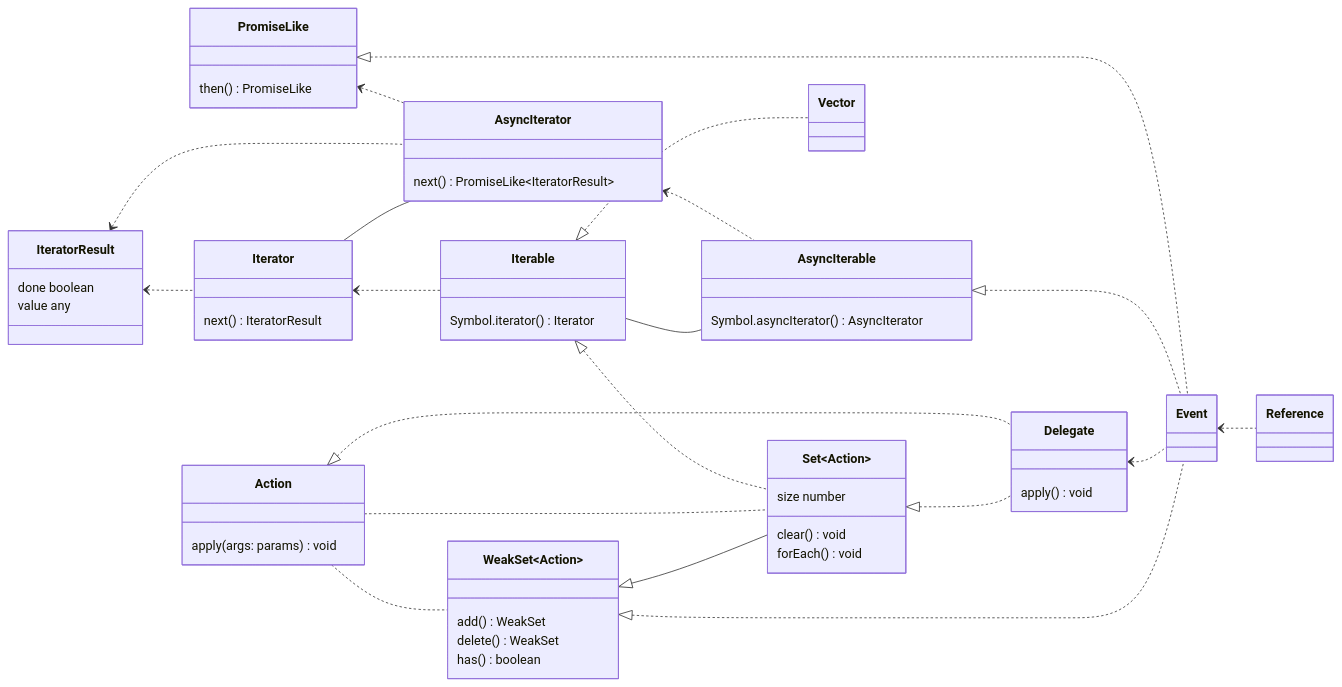
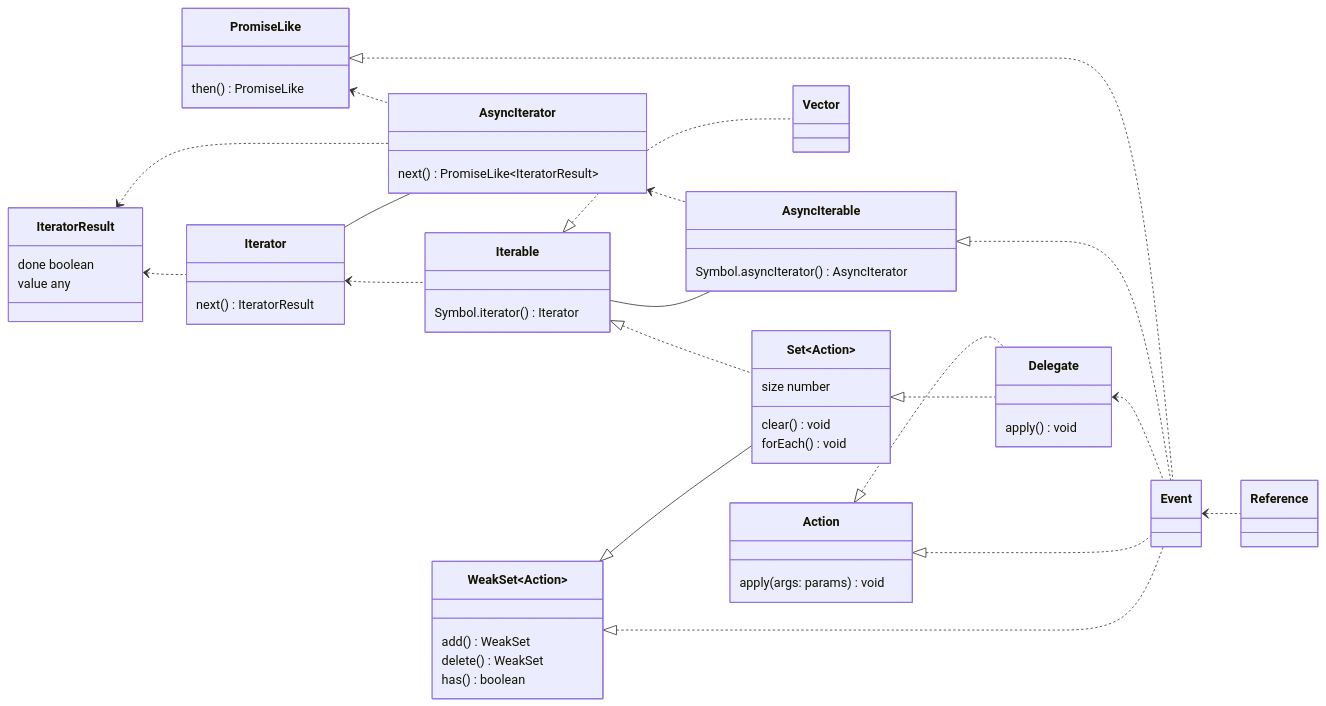
One commit to domrally/peekeasy changed the fifth of 5 diagrams in README.md. Above: the diagram before and after it, drawn with Mermaid. The commit also changed other lines of this file, not shown here.

````diff
--- a/README.md
+++ b/README.md
@@ -221,63 +221,62 @@
 ```mermaid
 classDiagram
     direction LR
     PromiseLike <|.. Event
     PromiseLike <.. AsyncIterator
     IteratorResult <.. AsyncIterator
     Iterator -- AsyncIterator
     AsyncIterator <.. AsyncIterable
     Iterable -- AsyncIterable
     AsyncIterable <|.. Event
     IteratorResult <.. Iterator
     Iterator <.. Iterable
     Iterable <|.. Vector
     Iterable <|.. Set~Action~
     Delegate <.. Event
     Action <|.. Delegate
+    Action <|.. Event
     Set~Action~ <|.. Delegate
-    Action .. Set~Action~
     WeakSet~Action~ <|-- Set~Action~
     WeakSet~Action~ <|.. Event
-    Action .. WeakSet~Action~
     Event <.. Reference
     class IteratorResult {
         done boolean
         value any
     }
     class AsyncIterable {
         Symbol.asyncIterator() AsyncIterator
     }
     class Iterable {
         Symbol.iterator() Iterator
     }
     class Iterator {
         next() IteratorResult
     }
     class AsyncIterator {
         next() PromiseLike~IteratorResult~
     }
     class PromiseLike {
         then() PromiseLike
     }
     class WeakSet {
         add() WeakSet
         delete() WeakSet
         has() boolean
     }
     class Set {
         size number
         clear() void
         forEach() void
     }
     class Action {
         apply(args: params) void
     }
     class Delegate {
         apply() void
     }
     link Delegate "https://github.com/domrally/peekeasy/blob/main/src/delegate.ts" "delegate.ts"
     class Event
     link Event "https://github.com/domrally/peekeasy/blob/main/src/event.ts" "event.ts"
     class Vector
     link Vector "https://github.com/domrally/peekeasy/blob/main/src/vector.ts" "vector.ts"
 ```
````
